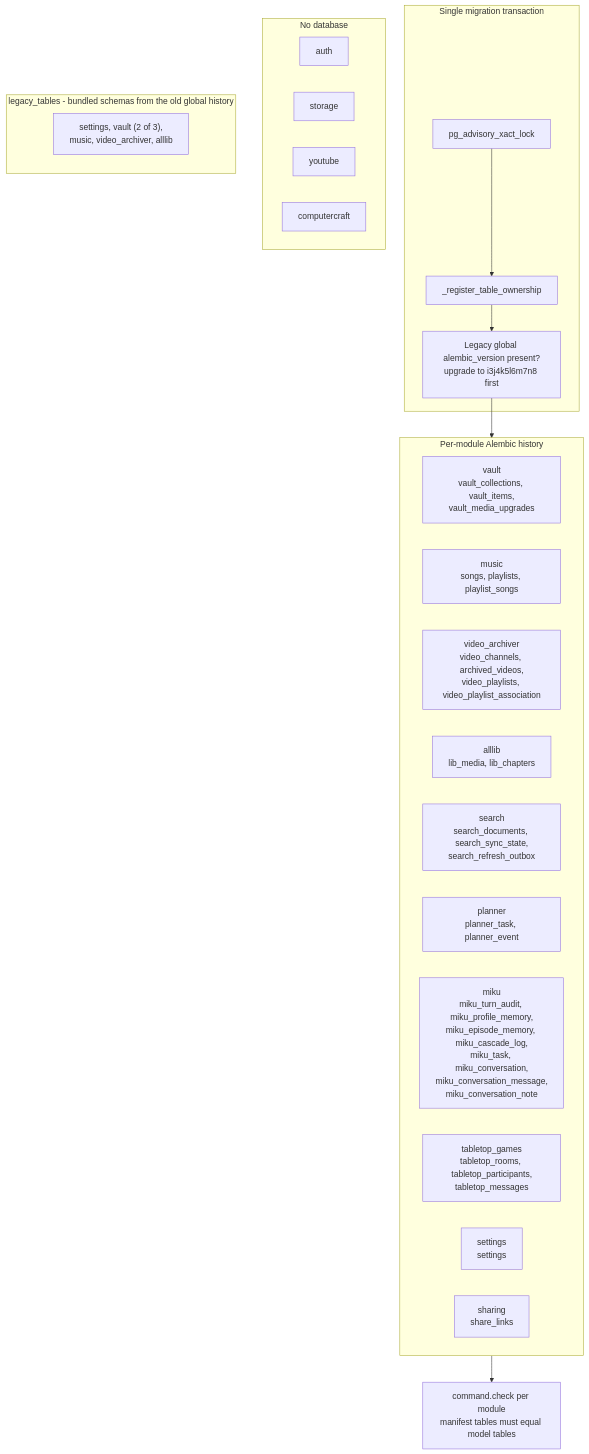
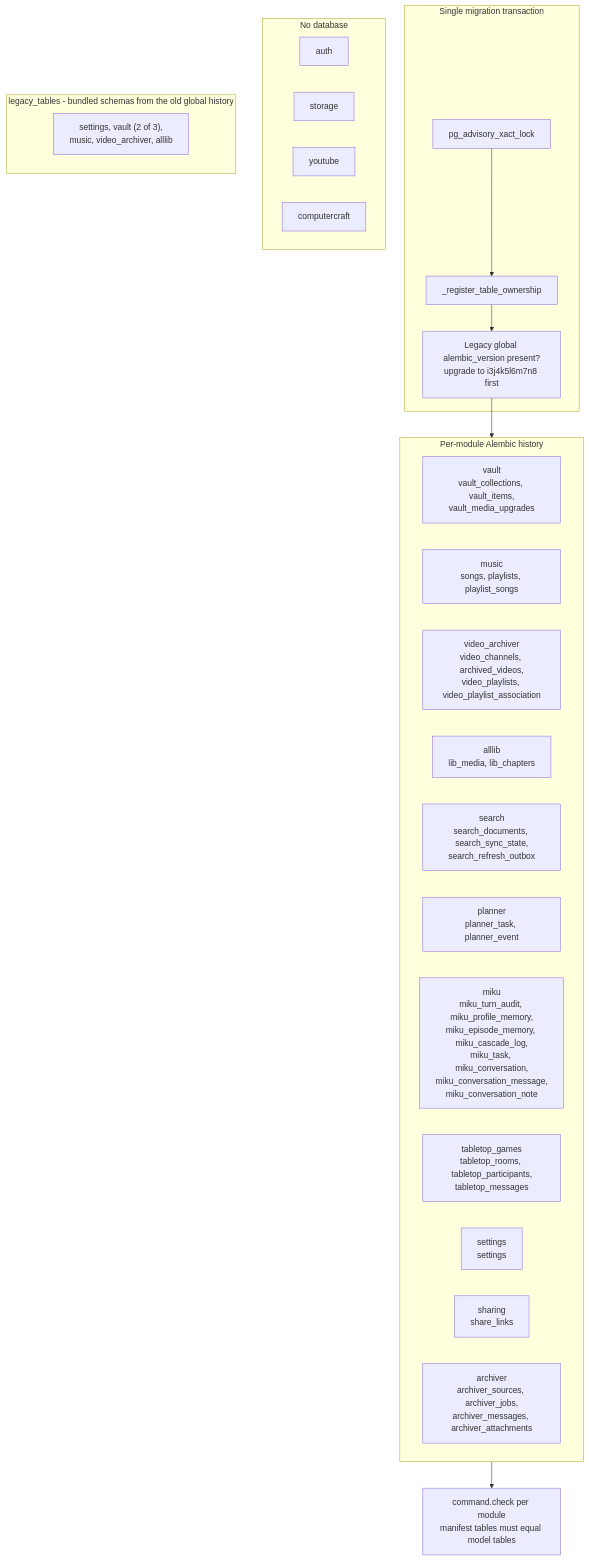
One commit to YatsenkoYura/NetSanctum changed the eighth of 17 diagrams in docs/architecture.md. Above: the diagram before and after it, drawn with Mermaid. The commit also changed other lines of this file and 22 other files, not shown here.

````diff
--- a/docs/architecture.md
+++ b/docs/architecture.md
@@ -755,38 +758,39 @@
 ```mermaid
 flowchart TB
     subgraph Locked["Single migration transaction"]
         L1["pg_advisory_xact_lock"]
         L2["_register_table_ownership"]
         L3["Legacy global alembic_version present?<br/>upgrade to i3j4k5l6m7n8 first"]
     end
 
     L1 --> L2 --> L3
 
     subgraph PerMod["Per-module Alembic history"]
         direction LR
         P1["vault<br/>vault_collections, vault_items,<br/>vault_media_upgrades"]
         P2["music<br/>songs, playlists, playlist_songs"]
         P3["video_archiver<br/>video_channels, archived_videos,<br/>video_playlists, video_playlist_association"]
         P4["alllib<br/>lib_media, lib_chapters"]
         P5["search<br/>search_documents, search_sync_state,<br/>search_refresh_outbox"]
         P6["planner<br/>planner_task, planner_event"]
         P7["miku<br/>miku_turn_audit, miku_profile_memory,<br/>miku_episode_memory, miku_cascade_log,<br/>miku_task, miku_conversation,<br/>miku_conversation_message,<br/>miku_conversation_note"]
         P8["tabletop_games<br/>tabletop_rooms, tabletop_participants,<br/>tabletop_messages"]
         P9["settings<br/>settings"]
         P10["sharing<br/>share_links"]
+        P11["archiver<br/>archiver_sources, archiver_jobs,<br/>archiver_messages, archiver_attachments"]
     end
 
     L3 --> PerMod
     PerMod --> CHECK["command.check per module<br/>manifest tables must equal model tables"]
 
     subgraph NoDB["No database"]
         N1["auth"]
         N2["storage"]
         N3["youtube"]
         N4["computercraft"]
     end
 
     subgraph Legacy["legacy_tables - bundled schemas from the old global history"]
         LG1["settings, vault (2 of 3),<br/>music, video_archiver, alllib"]
     end
 ```
````
